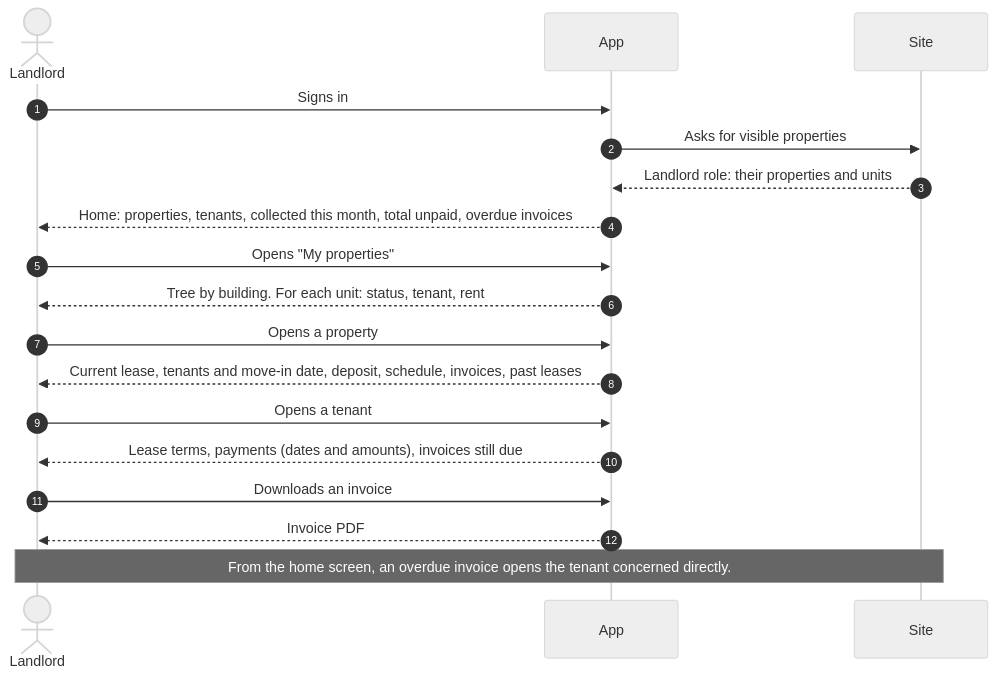
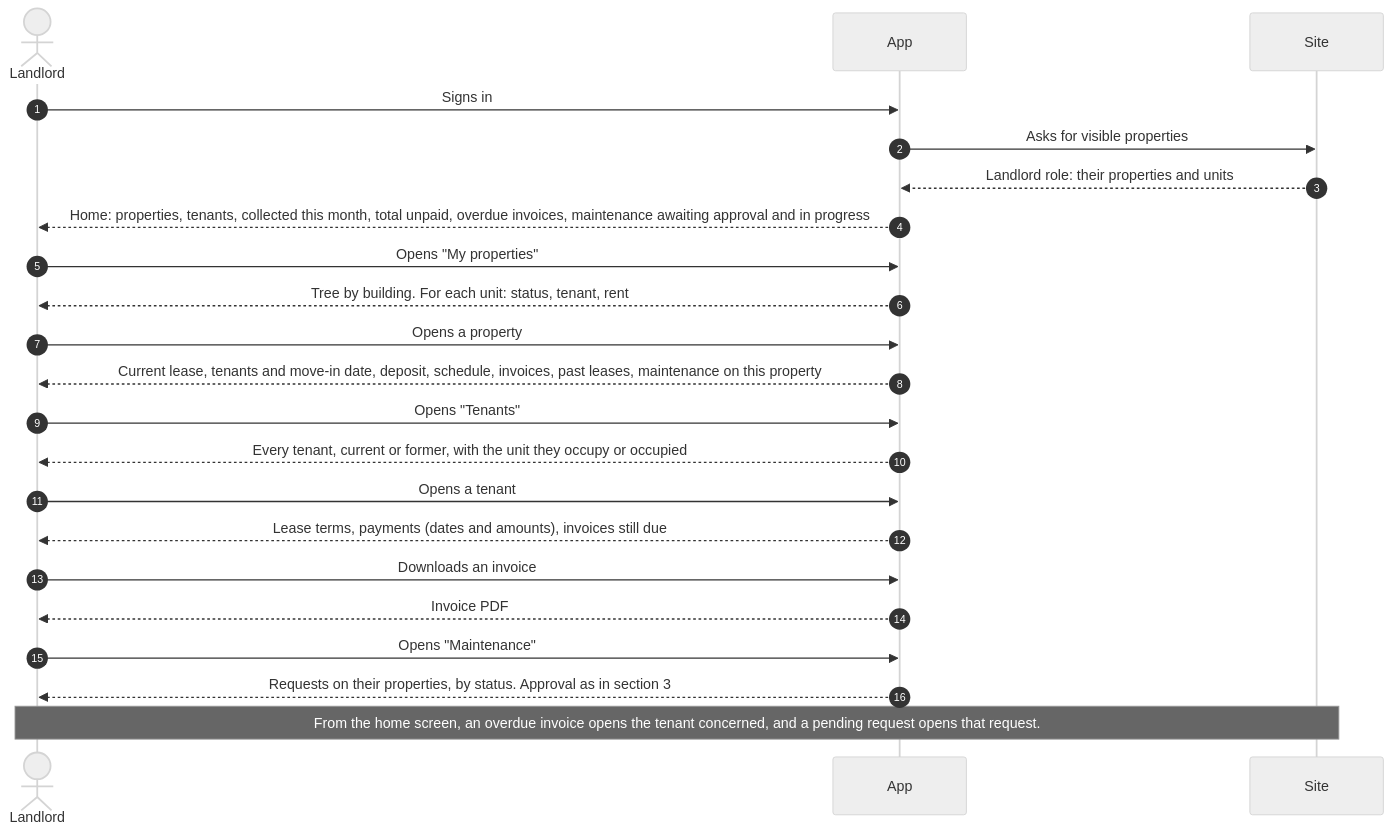
The fifth of 7 diagrams in doc/app-usage-flows-immo.md (skyengpro/skyeng_immo), drawn with Mermaid (neutral theme) before and after one commit. The commit also changed other lines of this file and 4 other files, not shown here.

Commit message:
feat: update app usage flows and screens documentation for property management

````diff
--- a/doc/app-usage-flows-immo.md
+++ b/doc/app-usage-flows-immo.md
@@ -110,21 +152,25 @@
 ```mermaid
 sequenceDiagram
     autonumber
     actor B as Landlord
     participant A as App
     participant D as Site
 
     B->>A: Signs in
     A->>D: Asks for visible properties
     D-->>A: Landlord role: their properties and units
-    A-->>B: Home: properties, tenants, collected this month, total unpaid, overdue invoices
+    A-->>B: Home: properties, tenants, collected this month, total unpaid, overdue invoices, maintenance awaiting approval and in progress
     B->>A: Opens "My properties"
     A-->>B: Tree by building. For each unit: status, tenant, rent
     B->>A: Opens a property
-    A-->>B: Current lease, tenants and move-in date, deposit, schedule, invoices, past leases
+    A-->>B: Current lease, tenants and move-in date, deposit, schedule, invoices, past leases, maintenance on this property
+    B->>A: Opens "Tenants"
+    A-->>B: Every tenant, current or former, with the unit they occupy or occupied
     B->>A: Opens a tenant
     A-->>B: Lease terms, payments (dates and amounts), invoices still due
     B->>A: Downloads an invoice
     A-->>B: Invoice PDF
-    Note over B,D: From the home screen, an overdue invoice opens the tenant concerned directly.
+    B->>A: Opens "Maintenance"
+    A-->>B: Requests on their properties, by status. Approval as in section 3
+    Note over B,D: From the home screen, an overdue invoice opens the tenant concerned, and a pending request opens that request.
 ```
````
